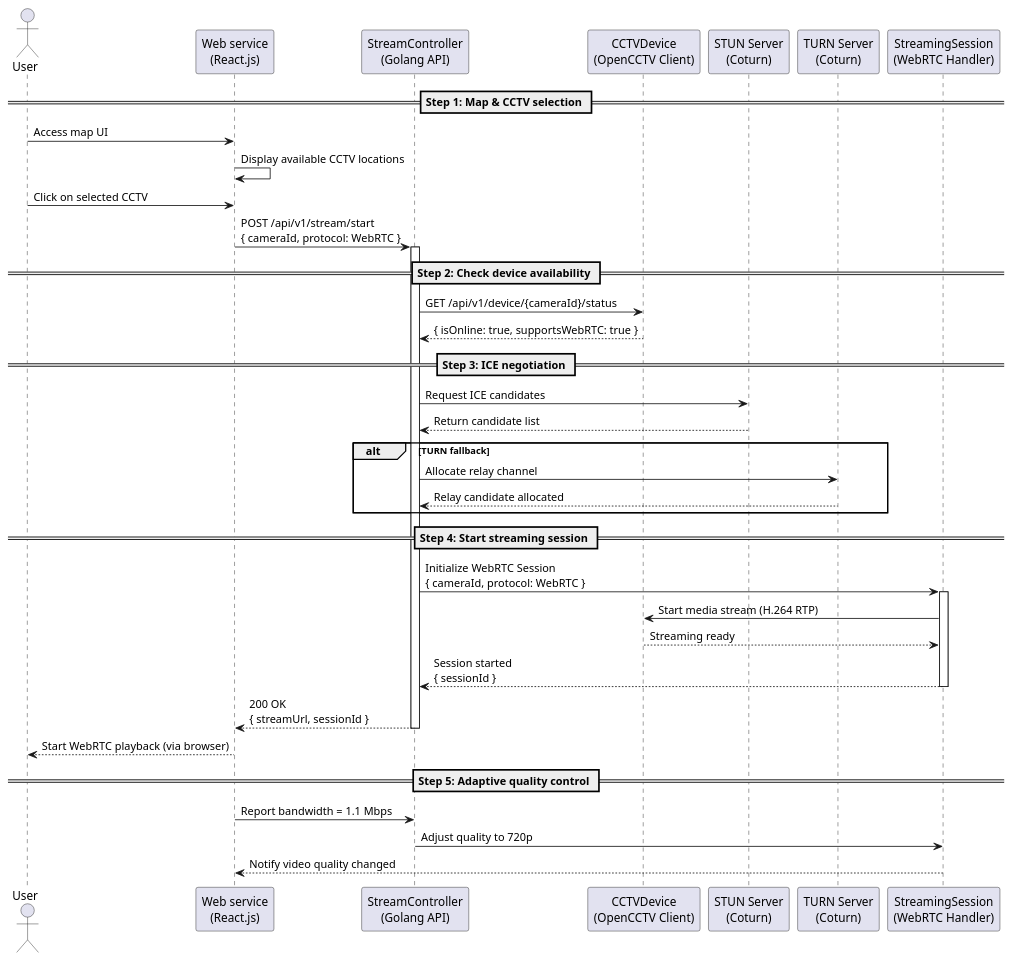
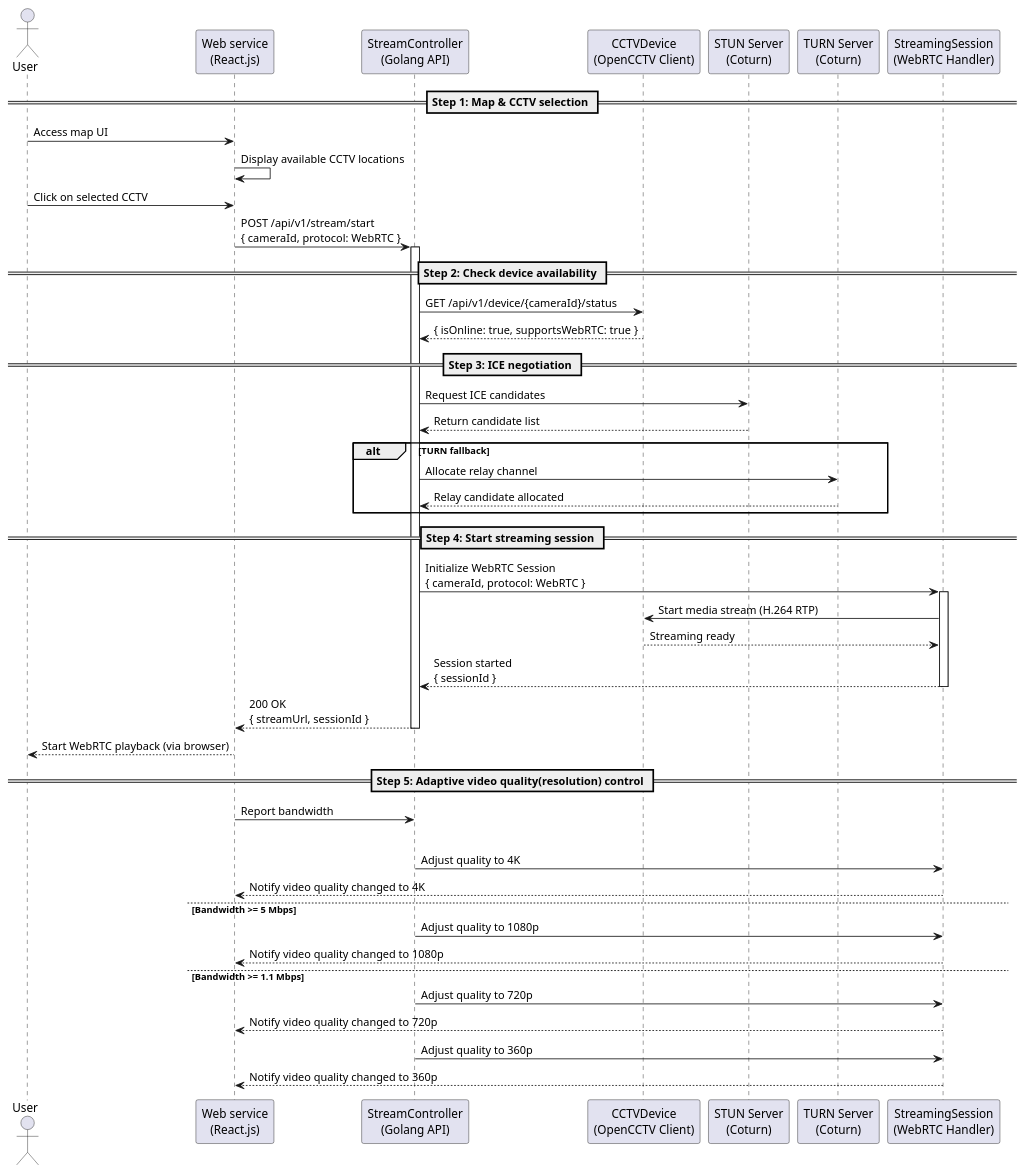
One commit to KnightChaser/opencctv-plantuml-storage changed the diagram in 3.2.2_adaptive_streaming_flow.plantuml. Above: the diagram before and after it, drawn with PlantUML.

Commit message:
Update 3.2.2_adaptive_streaming_flow.plantuml
- Branch conditions for "step 5: adaptive video quality(resolution) control" for 360p/720p/1080p/4K

```diff
--- a/3.2.2_adaptive_streaming_flow.plantuml
+++ b/3.2.2_adaptive_streaming_flow.plantuml
@@ -1,50 +1,62 @@
 @startuml
 ' 3.2.2_adaptive_streaming_flow.plantuml
 
 actor User
 participant "Web service\n(React.js)" as WebUI
 participant "StreamController\n(Golang API)" as StreamController
 participant "CCTVDevice\n(OpenCCTV Client)" as CCTVDevice
 participant "STUN Server\n(Coturn)" as STUNServer
 participant "TURN Server\n(Coturn)" as TURNServer
 participant "StreamingSession\n(WebRTC Handler)" as StreamingSession
 
 == Step 1: Map & CCTV selection ==
 User -> WebUI: Access map UI
 WebUI -> WebUI: Display available CCTV locations
 User -> WebUI: Click on selected CCTV
 
 WebUI -> StreamController: POST /api/v1/stream/start\n{ cameraId, protocol: WebRTC }
 activate StreamController
 
 == Step 2: Check device availability ==
 StreamController -> CCTVDevice: GET /api/v1/device/{cameraId}/status
 CCTVDevice --> StreamController: { isOnline: true, supportsWebRTC: true }
 
 == Step 3: ICE negotiation ==
 StreamController -> STUNServer: Request ICE candidates
 STUNServer --> StreamController: Return candidate list
 
 alt TURN fallback
   StreamController -> TURNServer: Allocate relay channel
   TURNServer --> StreamController: Relay candidate allocated
 end
 
 == Step 4: Start streaming session ==
 StreamController -> StreamingSession: Initialize WebRTC Session\n{ cameraId, protocol: WebRTC }
 activate StreamingSession
 StreamingSession -> CCTVDevice: Start media stream (H.264 RTP)
 CCTVDevice --> StreamingSession: Streaming ready
 StreamingSession --> StreamController: Session started\n{ sessionId }
 deactivate StreamingSession
 
 StreamController --> WebUI: 200 OK\n{ streamUrl, sessionId }
 deactivate StreamController
 WebUI --> User: Start WebRTC playback (via browser)
 
-== Step 5: Adaptive quality control ==
-WebUI -> StreamController: Report bandwidth = 1.1 Mbps
-StreamController -> StreamingSession: Adjust quality to 720p
-StreamingSession --> WebUI: Notify video quality changed
+== Step 5: Adaptive video quality(resolution) control ==
+WebUI -> StreamController: Report bandwidth
+
+alt Bandwidth >= 25 Mbps
+    StreamController -> StreamingSession: Adjust quality to 4K
+    StreamingSession --> WebUI: Notify video quality changed to 4K
+else Bandwidth >= 5 Mbps
+    StreamController -> StreamingSession: Adjust quality to 1080p
+    StreamingSession --> WebUI: Notify video quality changed to 1080p
+else Bandwidth >= 1.1 Mbps
+    StreamController -> StreamingSession: Adjust quality to 720p
+    StreamingSession --> WebUI: Notify video quality changed to 720p
+else
+    StreamController -> StreamingSession: Adjust quality to 360p
+    StreamingSession --> WebUI: Notify video quality changed to 360p
+
 
 @enduml
```
